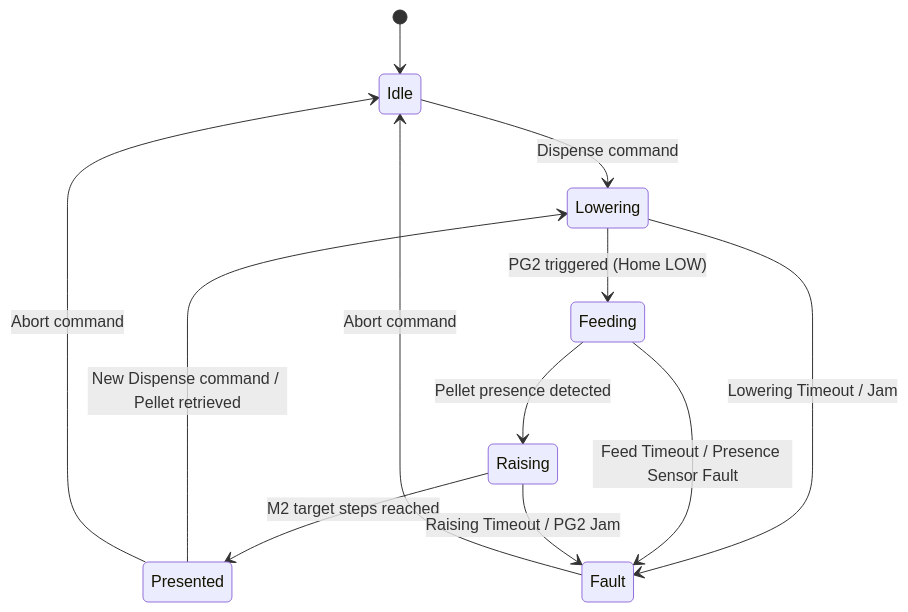
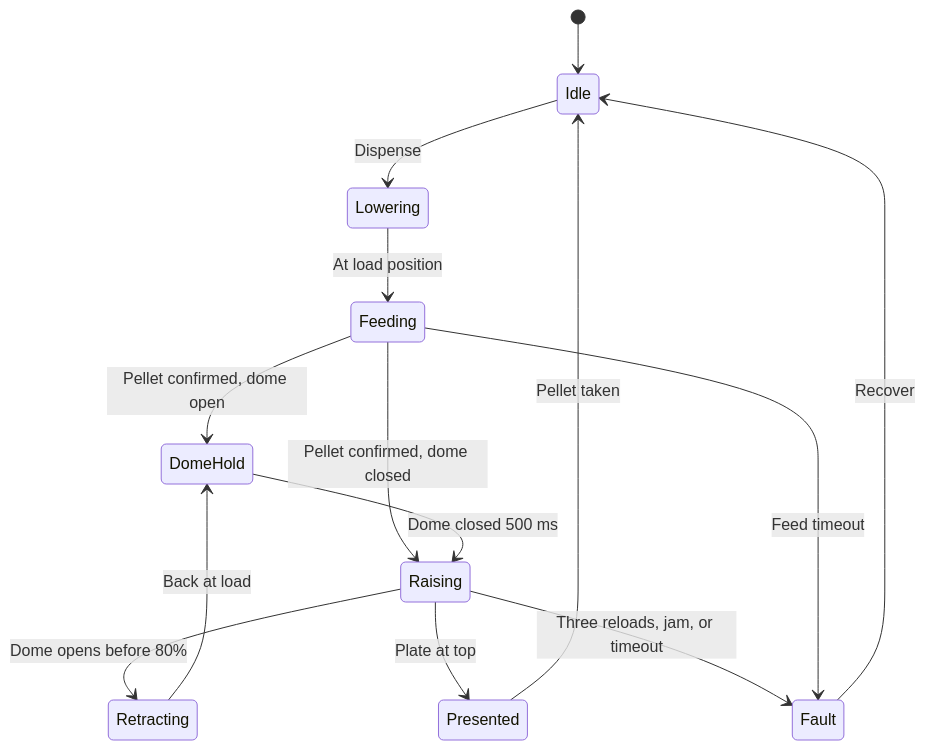
Before and after one commit to Neurotech-Hub/SpatialForagingPlatform-ProjectManager: the diagram in docs/function-checks.md, drawn with Mermaid. The commit also changed other lines of this file and 17 other files, not shown here.

````diff
--- a/docs/function-checks.md
+++ b/docs/function-checks.md
@@ -76,14 +78,16 @@
 ```mermaid
 stateDiagram-v2
     [*] --> Idle
-    Idle --> Lowering : Dispense command
-    Lowering --> Feeding : PG2 triggered (Home LOW)
-    Feeding --> Raising : Pellet presence detected
-    Raising --> Presented : M2 target steps reached
-    Presented --> Lowering : New Dispense command / Pellet retrieved
-    Presented --> Idle : Abort command
-    Lowering --> Fault : Lowering Timeout / Jam
-    Feeding --> Fault : Feed Timeout / Presence Sensor Fault
-    Raising --> Fault : Raising Timeout / PG2 Jam
-    Fault --> Idle : Abort command
+    Idle --> Lowering : Dispense
+    Lowering --> Feeding : At load position
+    Feeding --> DomeHold : Pellet confirmed, dome open
+    Feeding --> Raising : Pellet confirmed, dome closed
+    DomeHold --> Raising : Dome closed 500 ms
+    Raising --> Retracting : Dome opens before 80%
+    Retracting --> DomeHold : Back at load
+    Raising --> Presented : Plate at top
+    Presented --> Idle : Pellet taken
+    Raising --> Fault : Three reloads, jam, or timeout
+    Feeding --> Fault : Feed timeout
+    Fault --> Idle : Recover
 ```
````
